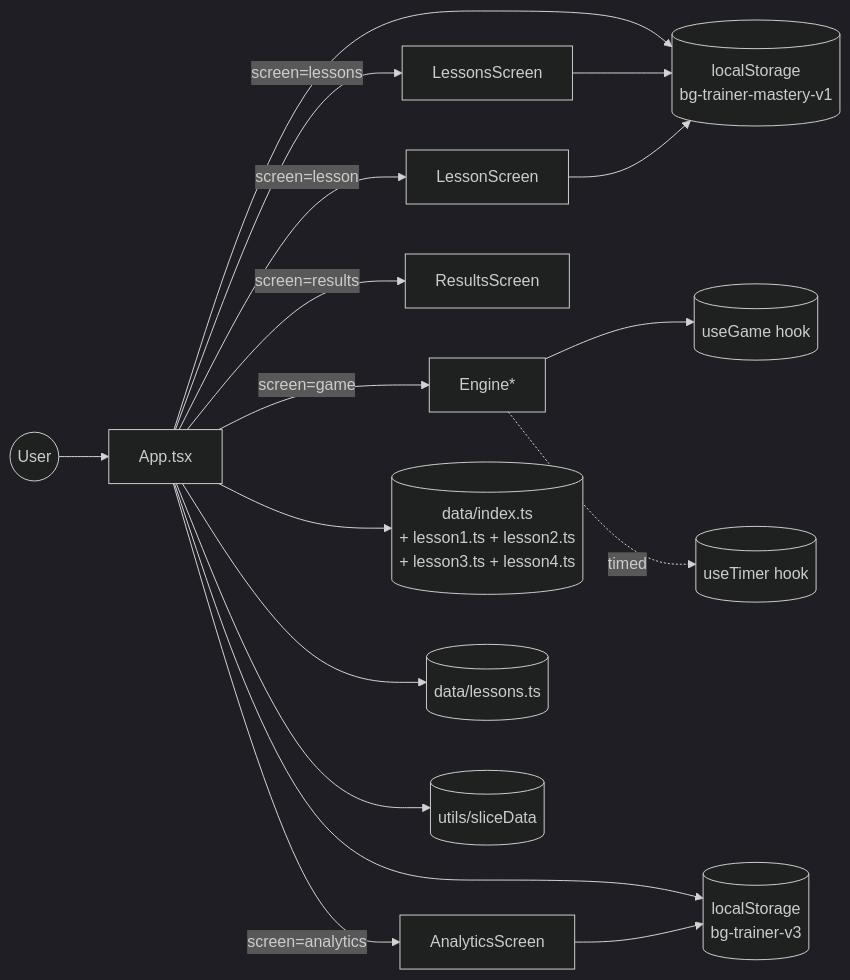
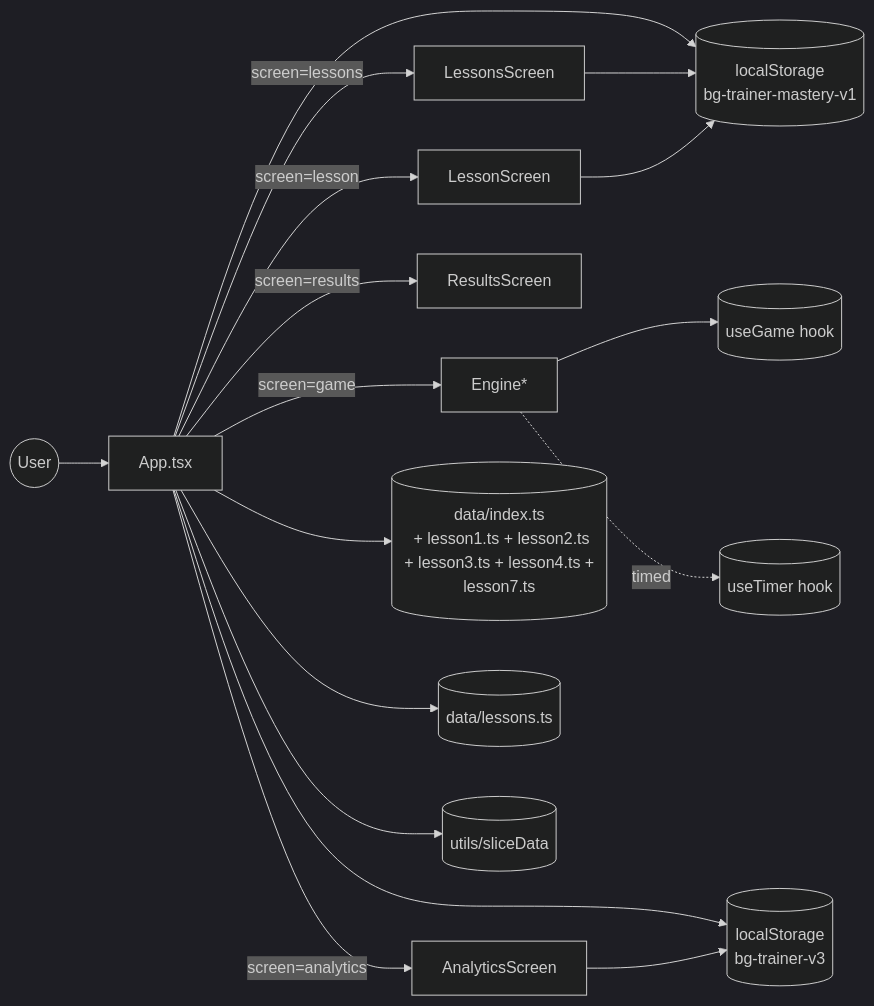
One commit to korchasa/bg-trainer changed the diagram in documents/design.md. Above: the diagram before and after it, drawn with Mermaid (dark theme). The commit also changed other lines of this file and 5 other files, not shown here.

````diff
--- a/documents/design.md
+++ b/documents/design.md
@@ -9,19 +9,19 @@
   ```mermaid
   flowchart LR
     User((User)) --> App[App.tsx]
     App -->|screen=lessons| Lessons[LessonsScreen]
     App -->|screen=lesson| Lesson[LessonScreen]
     App -->|screen=game| Engine[Engine*]
     App -->|screen=results| Results[ResultsScreen]
     App -->|screen=analytics| Analytics[AnalyticsScreen]
     Engine --> useGame[(useGame hook)]
     Engine -.timed.-> useTimer[(useTimer hook)]
     App --> History[(localStorage\n bg-trainer-v3)]
     App --> Mastery[(localStorage\n bg-trainer-mastery-v1)]
     Analytics --> History
     Lessons --> Mastery
     Lesson --> Mastery
-    App --> Data[(data/index.ts\n + lesson1.ts + lesson2.ts\n + lesson3.ts + lesson4.ts)]
+    App --> Data[(data/index.ts\n + lesson1.ts + lesson2.ts\n + lesson3.ts + lesson4.ts + lesson7.ts)]
     App --> Lessons2[(data/lessons.ts)]
     App --> Slice[(utils/sliceData)]
   ```
````
